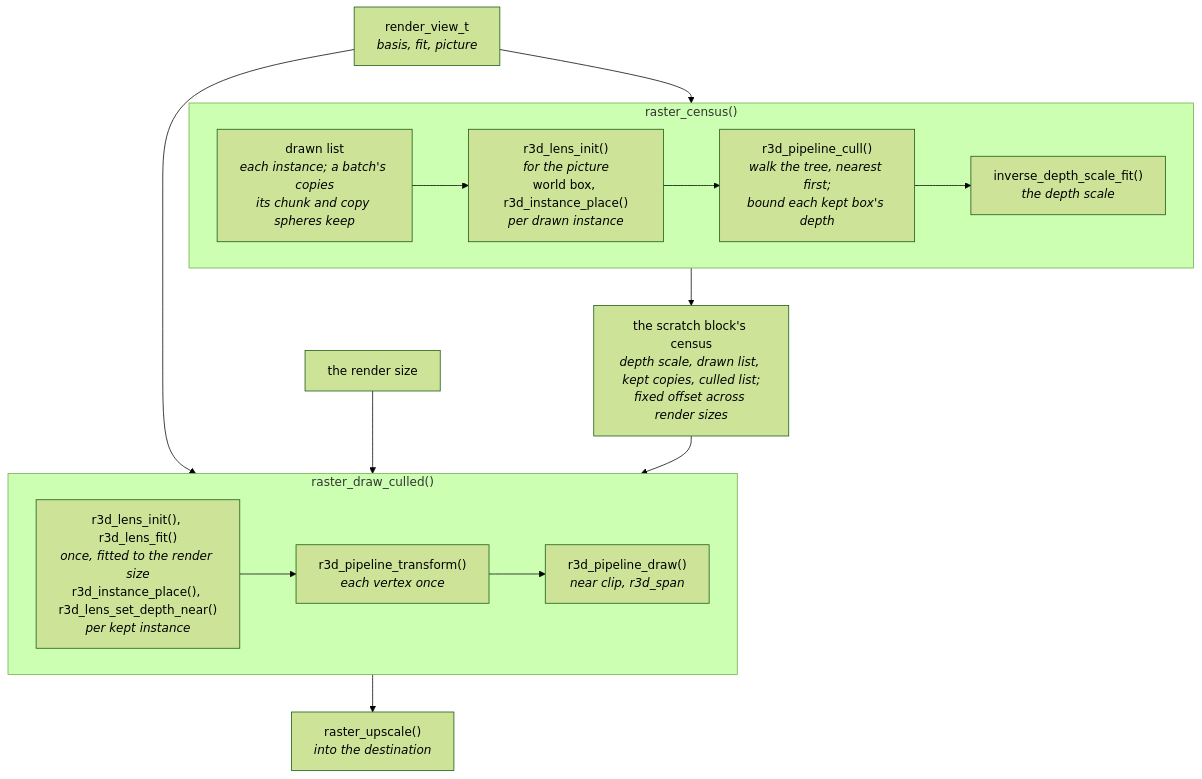
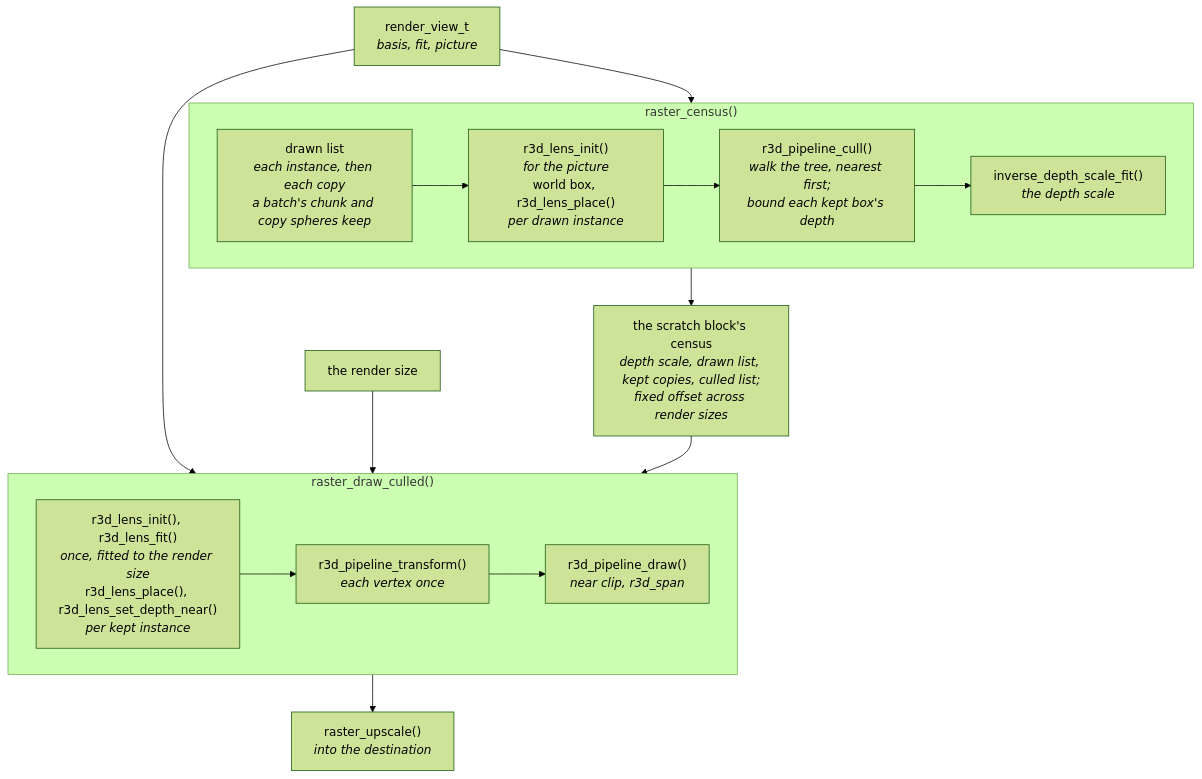
One commit to jose-villegas/autana changed the first of 2 diagrams in docs/render/Mesh-Rendering.md. Above: the diagram before and after it, drawn with Mermaid (forest theme). The commit also changed other lines of this file and 28 other files, not shown here.

Commit message:
render: batches ride beside the instances (r3d_batch_draw_t), so r3d_instance_t keeps its 16 bytes and a copy's mesh is written in place, off the draw's stack (autana-g78sg)

````diff
--- a/docs/render/Mesh-Rendering.md
+++ b/docs/render/Mesh-Rendering.md
@@ -106,21 +107,21 @@
 ```mermaid
 flowchart TB
     View["render_view_t<br/><i>basis, fit, picture</i>"] --> Census
     subgraph Census["raster_census()"]
         direction LR
-        Expand["drawn list<br/><i>each instance; a batch's copies<br/>its chunk and copy spheres keep</i>"] --> Picture
-        Picture["r3d_lens_init()<br/><i>for the picture</i><br/>world box, r3d_instance_place()<br/><i>per drawn instance</i>"] --> Cull
+        Expand["drawn list<br/><i>each instance, then each copy<br/>a batch's chunk and copy spheres keep</i>"] --> Picture
+        Picture["r3d_lens_init()<br/><i>for the picture</i><br/>world box, r3d_lens_place()<br/><i>per drawn instance</i>"] --> Cull
         Cull["r3d_pipeline_cull()<br/><i>walk the tree, nearest first;<br/>bound each kept box's depth</i>"] --> Scale
         Scale["inverse_depth_scale_fit()<br/><i>the depth scale</i>"]
     end
     Census --> List["the scratch block's census<br/><i>depth scale, drawn list, kept copies, culled list;<br/>fixed offset across render sizes</i>"]
     View --> Draw
     Size["the render size"] --> Draw
     List --> Draw
     subgraph Draw["raster_draw_culled()"]
         direction LR
-        Fit["r3d_lens_init(), r3d_lens_fit()<br/><i>once, fitted to the render size</i><br/>r3d_instance_place(), r3d_lens_set_depth_near()<br/><i>per kept instance</i>"] --> Transform["r3d_pipeline_transform()<br/><i>each vertex once</i>"]
+        Fit["r3d_lens_init(), r3d_lens_fit()<br/><i>once, fitted to the render size</i><br/>r3d_lens_place(), r3d_lens_set_depth_near()<br/><i>per kept instance</i>"] --> Transform["r3d_pipeline_transform()<br/><i>each vertex once</i>"]
         Transform --> DrawStage["r3d_pipeline_draw()<br/><i>near clip, r3d_span</i>"]
     end
     Draw --> Upscale["raster_upscale()<br/><i>into the destination</i>"]
 ```
````
